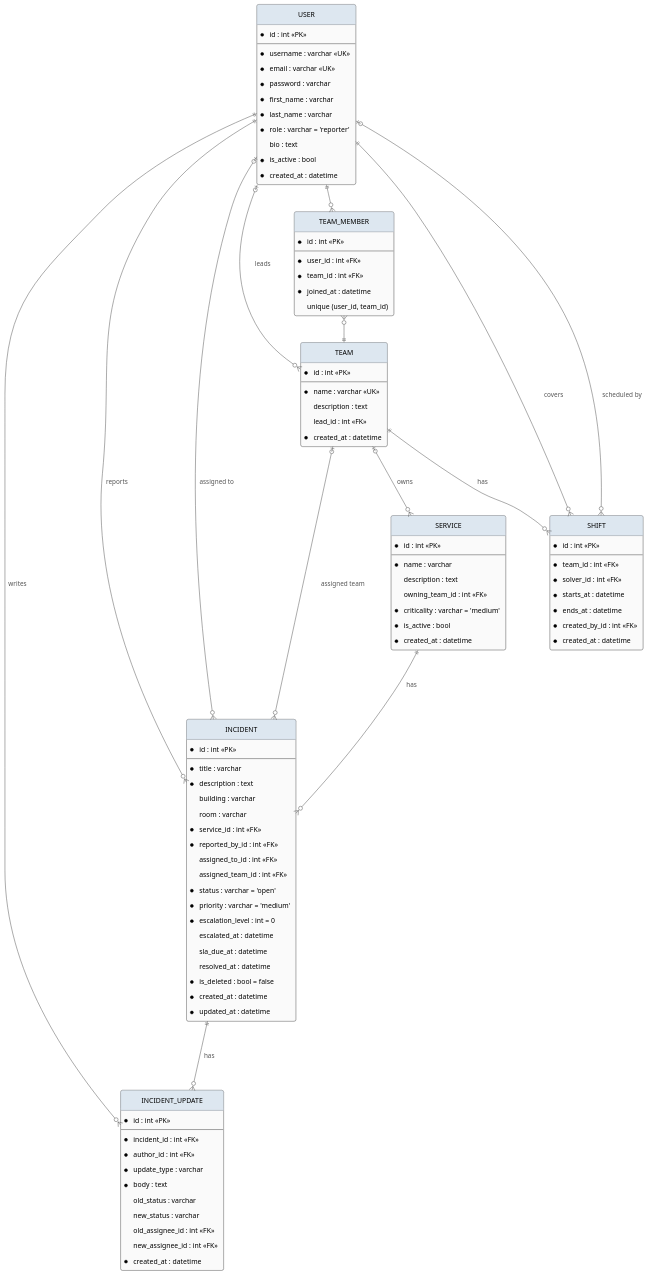
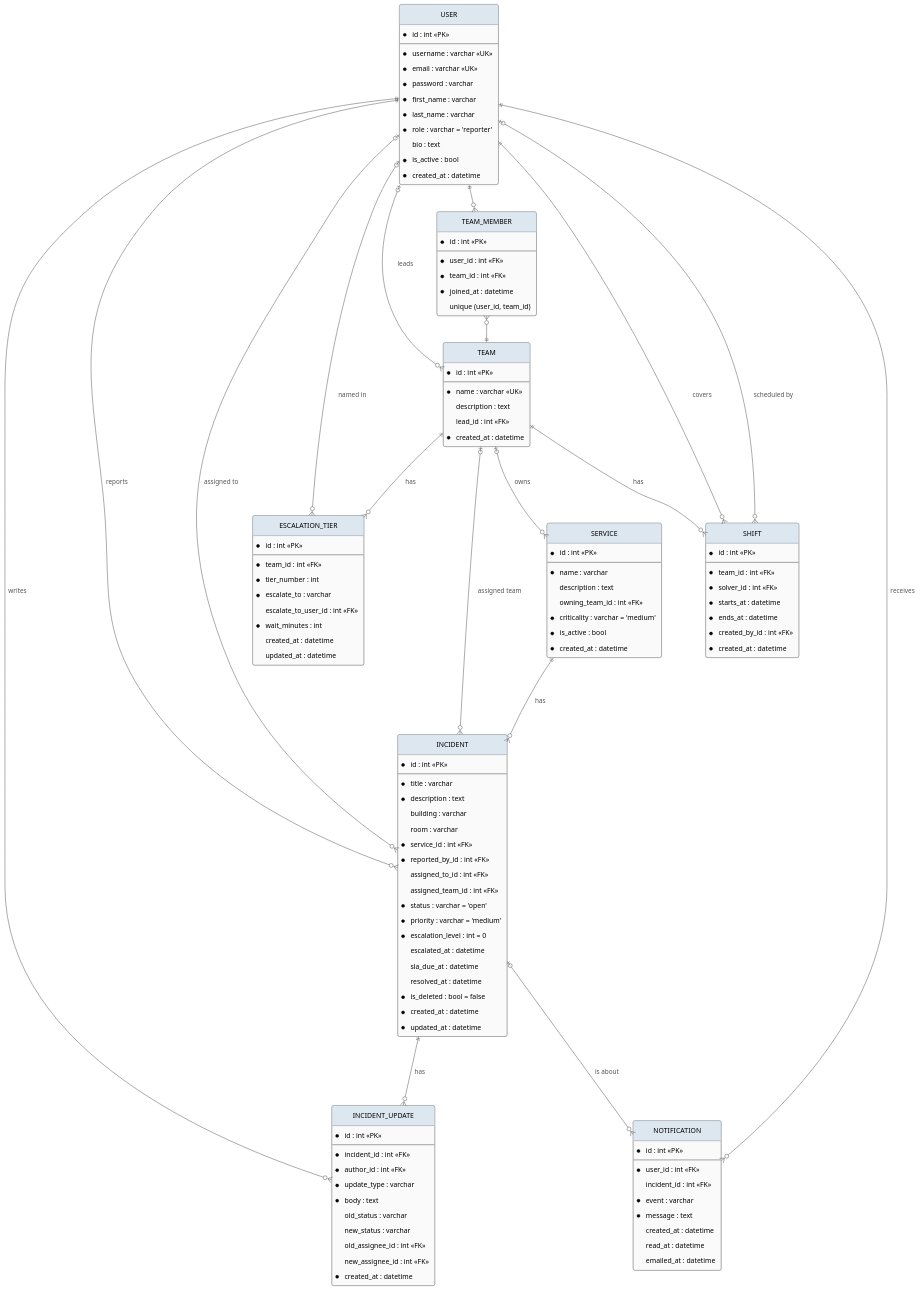
One commit to ZiedRbd/COSC-3339-Fall-2026-Term-Project changed the diagram in docs/er-diagram.puml. Above: the diagram before and after it, drawn with PlantUML. The commit also changed 6 other files, not shown here.

```diff
--- a/docs/er-diagram.puml
+++ b/docs/er-diagram.puml
@@ -1,138 +1,167 @@
 @startuml Campus IT Help Desk ER
 hide circle
 skinparam nodesep 90
 skinparam ranksep 110
 skinparam padding 6
 skinparam roundCorner 8
 skinparam shadowing false
 skinparam ArrowColor #555555
 skinparam ArrowFontColor #555555
 skinparam class {
   BackgroundColor #FAFAFA
   BorderColor #444444
   HeaderBackgroundColor #DDE7F0
 }
 
 ' ── People & groups ─────────────────────────────
 
 entity "USER" as user {
   * id : int <<PK>>
   --
   * username : varchar <<UK>>
   * email : varchar <<UK>>
   * password : varchar
   * first_name : varchar
   * last_name : varchar
   * role : varchar = 'reporter'
     bio : text
   * is_active : bool
   * created_at : datetime
 }
 
 entity "TEAM_MEMBER" as tm {
   * id : int <<PK>>
   --
   * user_id : int <<FK>>
   * team_id : int <<FK>>
   * joined_at : datetime
   unique (user_id, team_id)
 }
 
 entity "TEAM" as team {
   * id : int <<PK>>
   --
   * name : varchar <<UK>>
     description : text
     lead_id : int <<FK>>
   * created_at : datetime
 }
 
 ' ── What we support ─────────────────────────────
 
 entity "SERVICE" as service {
   * id : int <<PK>>
   --
   * name : varchar
     description : text
     owning_team_id : int <<FK>>
   * criticality : varchar = 'medium'
   * is_active : bool
   * created_at : datetime
 }
 
 ' ── Tickets ─────────────────────────────────────
 
 entity "INCIDENT" as incident {
   * id : int <<PK>>
   --
   * title : varchar
   * description : text
     building : varchar
     room : varchar
   * service_id : int <<FK>>
   * reported_by_id : int <<FK>>
     assigned_to_id : int <<FK>>
     assigned_team_id : int <<FK>>
   * status : varchar = 'open'
   * priority : varchar = 'medium'
   * escalation_level : int = 0
     escalated_at : datetime
     sla_due_at : datetime
     resolved_at : datetime
   * is_deleted : bool = false
   * created_at : datetime
   * updated_at : datetime
 }
 
 entity "INCIDENT_UPDATE" as upd {
   * id : int <<PK>>
   --
   * incident_id : int <<FK>>
   * author_id : int <<FK>>
   * update_type : varchar
   * body : text
     old_status : varchar
     new_status : varchar
     old_assignee_id : int <<FK>>
     new_assignee_id : int <<FK>>
   * created_at : datetime
 }
 
 ' ── Layout: users/teams on top, tickets below ───
 
 user     -[hidden]right-  tm
 tm       -[hidden]right-  team
 team     -[hidden]down-   service
 service  -[hidden]down-   incident
 incident -[hidden]down-   upd
 
 ' ── Relationships ───────────────────────────────
 
 user     ||--o{ tm       : belongs to
 team     ||--o{ tm       : has
 team     |o--o{ service  : owns
 service  ||--o{ incident : has
 user     ||--o{ incident : reports
 user     |o--o{ incident : assigned to
 team     |o--o{ incident : assigned team
 incident ||--o{ upd      : has
 user     ||--o{ upd      : writes
 
 
 entity "SHIFT" as shift {
   * id : int <<PK>>
   --
   * team_id : int <<FK>>
   * solver_id : int <<FK>>
   * starts_at : datetime
   * ends_at : datetime
   * created_by_id : int <<FK>>
   * created_at : datetime
 }
 
 team ||--o{ shift : "has"
 user ||--o{ shift : "covers"
 user |o--o{ team : "leads"
 user |o--o{ shift : "scheduled by"
 
+entity "ESCALATION_TIER" as tier {
+  * id : int <<PK>>
+  --
+  * team_id : int <<FK>>
+  * tier_number : int
+  * escalate_to : varchar
+  escalate_to_user_id : int <<FK>>
+  * wait_minutes : int
+  created_at : datetime
+  updated_at : datetime
+}
+
+entity "NOTIFICATION" as note {
+  * id : int <<PK>>
+  --
+  * user_id : int <<FK>>
+  incident_id : int <<FK>>
+  * event : varchar
+  * message : text
+  created_at : datetime
+  read_at : datetime
+  emailed_at : datetime
+}
+
+team ||--o{ tier : "has"
+user |o--o{ tier : "named in"
+user ||--o{ note : "receives"
+incident |o--o{ note : "is about"
+
 @enduml
```
